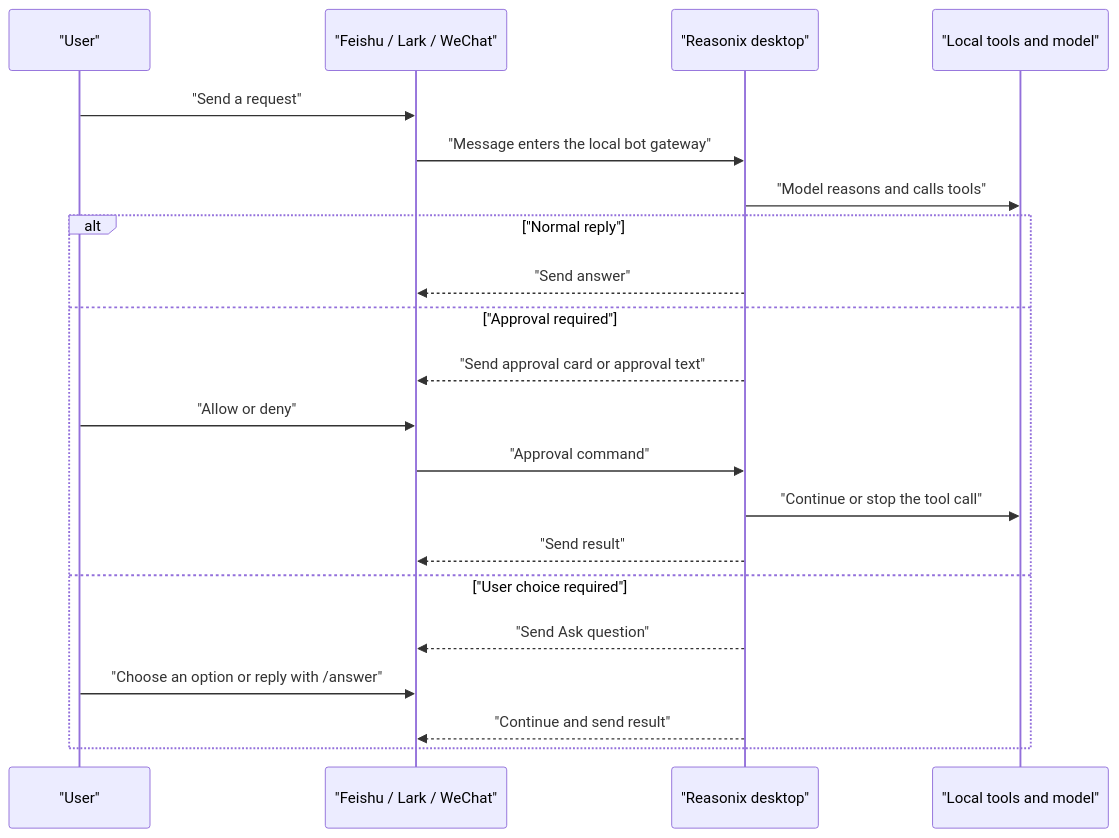
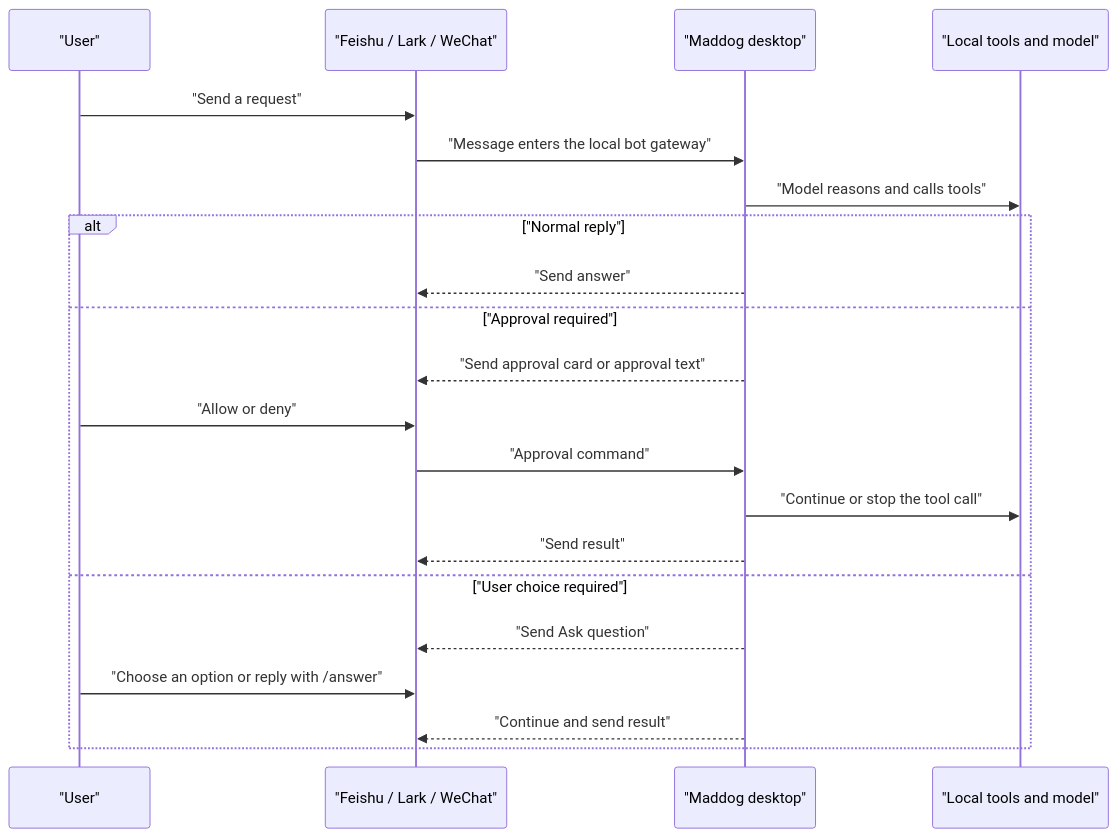
Before and after one commit to sekkit/maddog: the second of 3 diagrams in DeepSeek-Reasonix/docs/BOT_GUIDE.md, drawn with Mermaid. The commit also changed other lines of this file and 266 other files, not shown here.

Commit message:
feat(maddog): complete fusion runtime and desktop plan

````diff
--- a/DeepSeek-Reasonix/docs/BOT_GUIDE.md
+++ b/DeepSeek-Reasonix/docs/BOT_GUIDE.md
@@ -133,24 +133,24 @@
 ```mermaid
 sequenceDiagram
   participant U as "User"
   participant IM as "Feishu / Lark / WeChat"
-  participant R as "Reasonix desktop"
+  participant R as "Maddog desktop"
   participant T as "Local tools and model"
 
   U->>IM: "Send a request"
   IM->>R: "Message enters the local bot gateway"
   R->>T: "Model reasons and calls tools"
   alt "Normal reply"
     R-->>IM: "Send answer"
   else "Approval required"
     R-->>IM: "Send approval card or approval text"
     U->>IM: "Allow or deny"
     IM->>R: "Approval command"
     R->>T: "Continue or stop the tool call"
     R-->>IM: "Send result"
   else "User choice required"
     R-->>IM: "Send Ask question"
     U->>IM: "Choose an option or reply with /answer"
     R-->>IM: "Continue and send result"
   end
 ```
````
